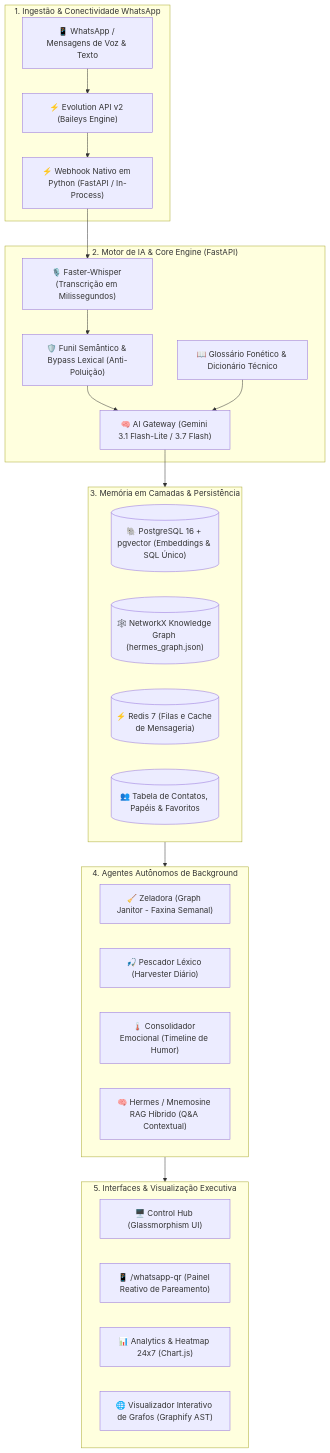
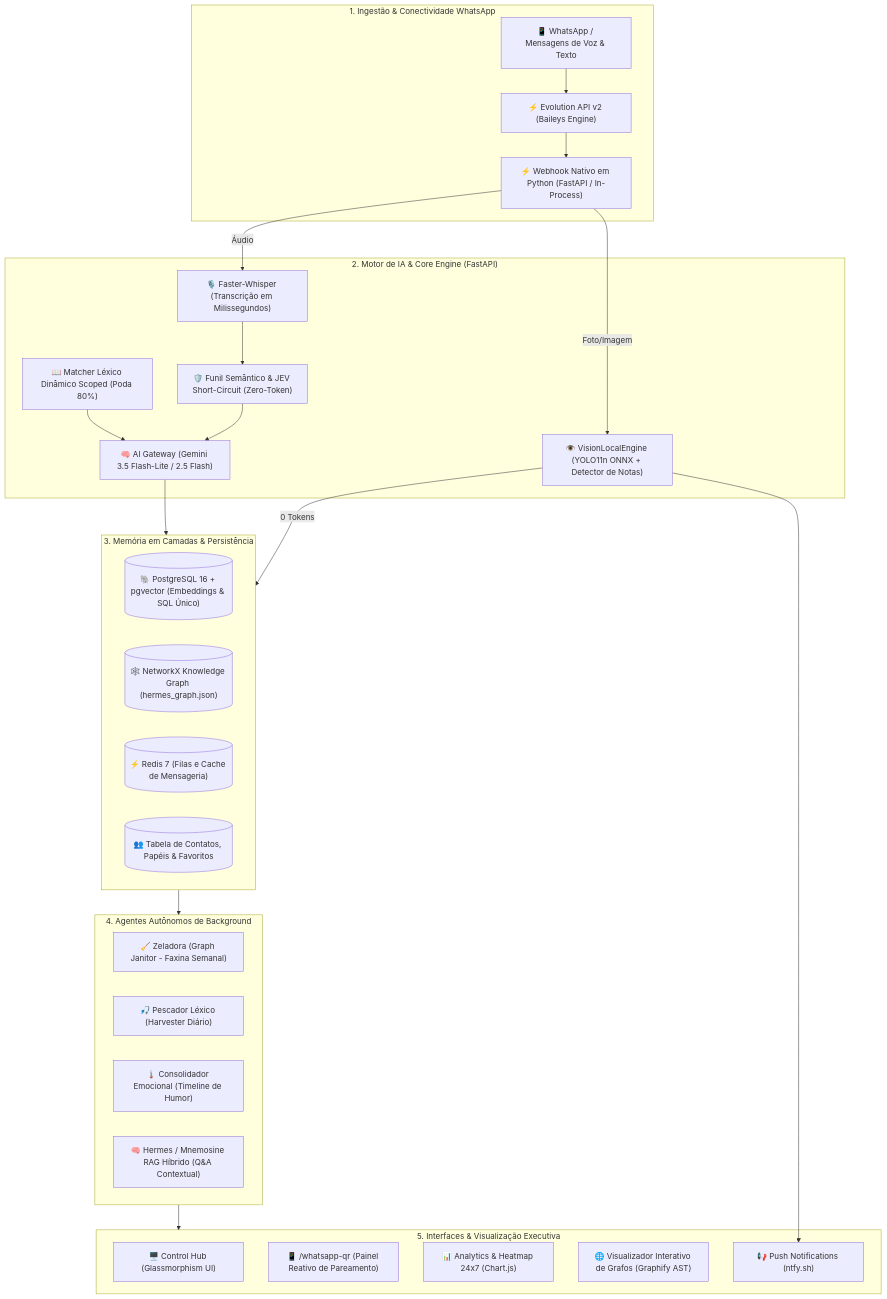
The diagram in README.md (brunocorisco86/whisperzap), drawn with Mermaid before and after one commit. The commit also changed other lines of this file and 42 other files, not shown here.

Commit message:
feat(security): add admin password management, FIDO2/WebAuthn hardware auth, zero-token vision engine, and Caddy subpath routing

````diff
--- a/README.md
+++ b/README.md
@@ -80,46 +80,51 @@
 ```mermaid
 flowchart TD
     subgraph IngestionLayer["1. Ingestão & Conectividade WhatsApp"]
         WA["📱 WhatsApp / Mensagens de Voz & Texto"]
         EVO["⚡ Evolution API v2 (Baileys Engine)"]
         WEBHOOK["⚡ Webhook Nativo em Python (FastAPI / In-Process)"]
     end
 
     subgraph APILayer["2. Motor de IA & Core Engine (FastAPI)"]
         WHISPER["🎙️ Faster-Whisper (Transcrição em Milissegundos)"]
-        BYPASS["🛡️ Funil Semântico & Bypass Lexical (Anti-Poluição)"]
-        AIGATEWAY["🧠 AI Gateway (Gemini 3.1 Flash-Lite / 3.7 Flash)"]
-        LEXICAL["📖 Glossário Fonético & Dicionário Técnico"]
+        VISION["👁️ VisionLocalEngine (YOLO11n ONNX + Detector de Notas)"]
+        BYPASS["🛡️ Funil Semântico & JEV Short-Circuit (Zero-Token)"]
+        AIGATEWAY["🧠 AI Gateway (Gemini 3.5 Flash-Lite / 2.5 Flash)"]
+        LEXICAL["📖 Matcher Léxico Dinâmico Scoped (Poda 80%)"]
     end
 
     subgraph StorageLayer["3. Memória em Camadas & Persistência"]
         PG[("🐘 PostgreSQL 16 + pgvector (Embeddings & SQL Único)")]
         NX[("🕸️ NetworkX Knowledge Graph (hermes_graph.json)")]
         REDIS[("⚡ Redis 7 (Filas e Cache de Mensageria)")]
         CONTACTS[("👥 Tabela de Contatos, Papéis & Favoritos")]
     end
 
     subgraph AutonomousLayer["4. Agentes Autônomos de Background"]
         JANITOR["🧹 Zeladora (Graph Janitor - Faxina Semanal)"]
         HARVESTER["🎣 Pescador Léxico (Harvester Diário)"]
         SENTIMENT["🌡️ Consolidador Emocional (Timeline de Humor)"]
         HERMES_RAG["🧠 Hermes / Mnemosine RAG Híbrido (Q&A Contextual)"]
     end
 
     subgraph Interfaces["5. Interfaces & Visualização Executiva"]
         HUB["🖥️ Control Hub (Glassmorphism UI)"]
         QR_PAGE["📱 /whatsapp-qr (Painel Reativo de Pareamento)"]
         DASH["📊 Analytics & Heatmap 24x7 (Chart.js)"]
         GRAPH_VIZ["🌐 Visualizador Interativo de Grafos (Graphify AST)"]
+        NTFY["📢 Push Notifications (ntfy.sh)"]
     end
 
     WA --> EVO
     EVO --> WEBHOOK
-    WEBHOOK --> WHISPER
+    WEBHOOK -->|Áudio| WHISPER
+    WEBHOOK -->|Foto/Imagem| VISION
     WHISPER --> BYPASS
+    VISION -->|0 Tokens| StorageLayer
+    VISION --> NTFY
     BYPASS --> AIGATEWAY
     LEXICAL --> AIGATEWAY
     AIGATEWAY --> StorageLayer
     StorageLayer --> AutonomousLayer
     AutonomousLayer --> Interfaces
 ```
````
